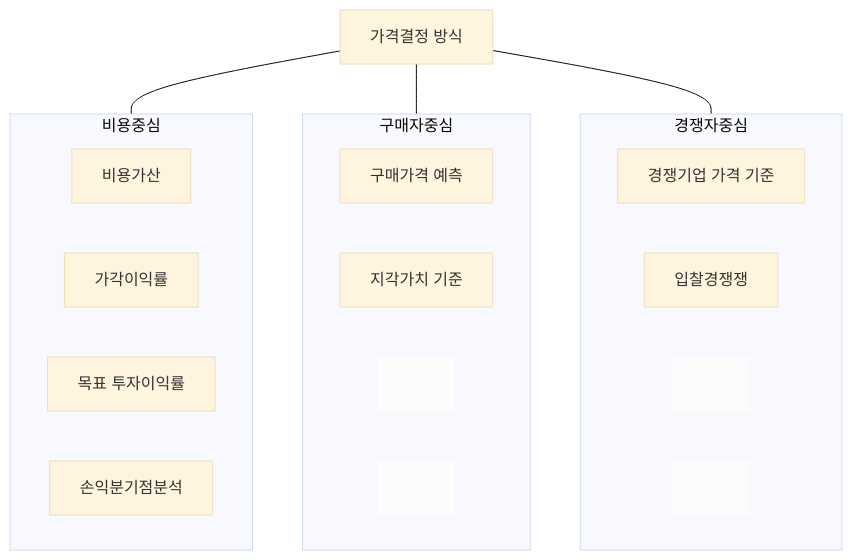
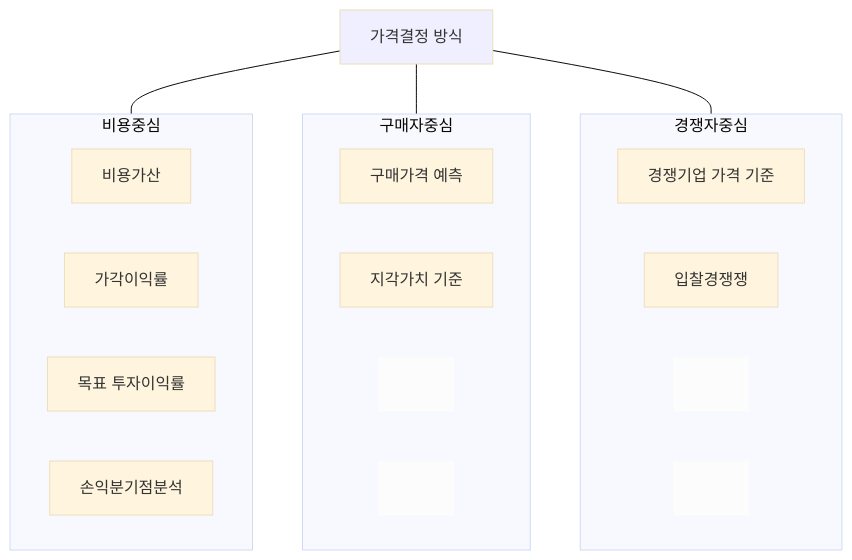
The second of 4 diagrams in 0103구매와외주전략.qmd (yeonkyupark/pepc2e), drawn with Mermaid (base theme) before and after one commit. The commit also changed other lines of this file, not shown here.

````diff
--- a/0103구매와외주전략.qmd
+++ b/0103구매와외주전략.qmd
@@ -57,28 +69,29 @@
 ```{mermaid}
 flowchart TB
 subgraph 비용중심
 나1[비용가산]
 나2[가각이익률]
 나3[목표 투자이익률]
 나4[손익분기점분석]
 end
 subgraph 구매자중심
 direction LR
 다1[구매가격 예측]
 다2[지각가치 기준]
 다3[ㅤ]:::transclass
 다4[ㅤ]:::transclass
 end
 subgraph 경쟁자중심
 direction LR
 라1[경쟁기업 가격 기준]
 라2[입찰경쟁쟁]
 라3[ㅤ]:::transclass
 라4[ㅤ]:::transclass
 end
 가[가격결정 방식] --- 비용중심 
 가[가격결정 방식] --- 구매자중심 
 가[가격결정 방식] --- 경쟁자중심
 
+style 가 fill:#efefff
 classDef transclass fill:#fcfcfc, stroke:#fcfcfc
 ```
````
